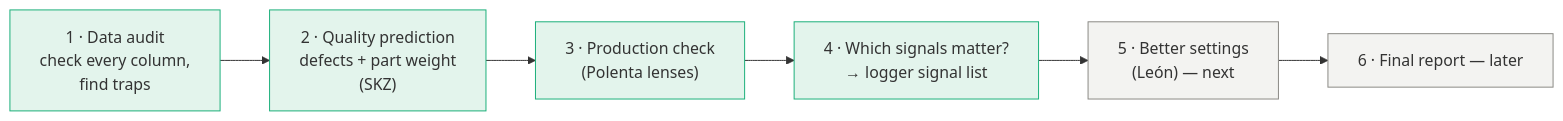
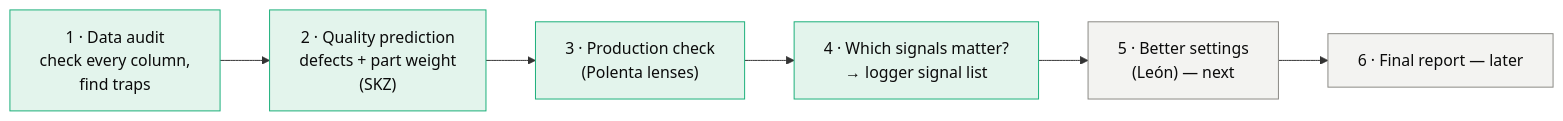
One commit to ikeremsen/injection-molding-quality-ai changed the second of 3 diagrams in README.md. Above: the diagram before and after it, drawn with Mermaid. The commit also changed other lines of this file, not shown here.

Commit message:
README: dark text in coloured diagram boxes so they read in dark mode

````diff
--- a/README.md
+++ b/README.md
@@ -51,14 +51,14 @@
 ```mermaid
 flowchart LR
     P1["1 · Data audit<br/>check every column,<br/>find traps"] --> P2["2 · Quality prediction<br/>defects + part weight<br/>(SKZ)"]
     P2 --> P3["3 · Production check<br/>(Polenta lenses)"]
     P3 --> P4["4 · Which signals matter?<br/>→ logger signal list"]
     P4 --> P5["5 · Better settings<br/>(León) — next"]
     P5 --> P6["6 · Final report — later"]
-    style P1 fill:#e3f4ec,stroke:#1baf7a
-    style P2 fill:#e3f4ec,stroke:#1baf7a
-    style P3 fill:#e3f4ec,stroke:#1baf7a
-    style P4 fill:#e3f4ec,stroke:#1baf7a
-    style P5 fill:#f3f3f1,stroke:#8a8984
-    style P6 fill:#f3f3f1,stroke:#8a8984
+    style P1 fill:#e3f4ec,stroke:#1baf7a,color:#0b0b0b
+    style P2 fill:#e3f4ec,stroke:#1baf7a,color:#0b0b0b
+    style P3 fill:#e3f4ec,stroke:#1baf7a,color:#0b0b0b
+    style P4 fill:#e3f4ec,stroke:#1baf7a,color:#0b0b0b
+    style P5 fill:#f3f3f1,stroke:#8a8984,color:#0b0b0b
+    style P6 fill:#f3f3f1,stroke:#8a8984,color:#0b0b0b
 ```
````
